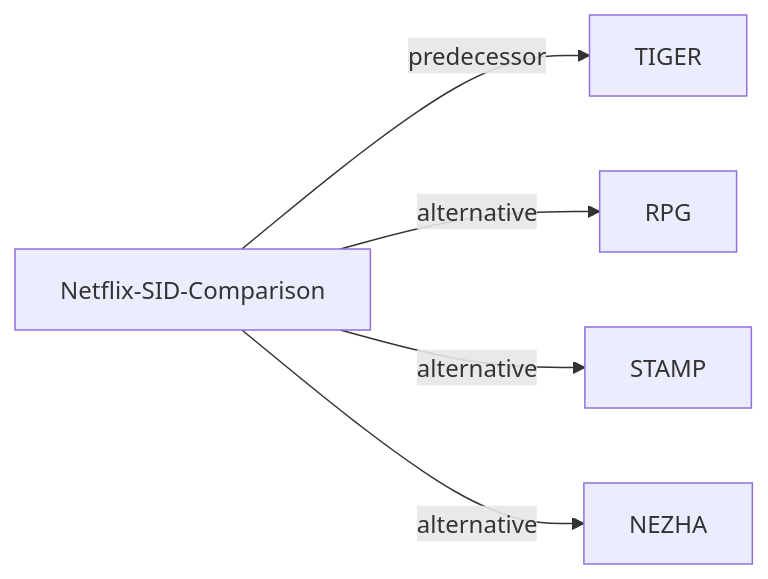
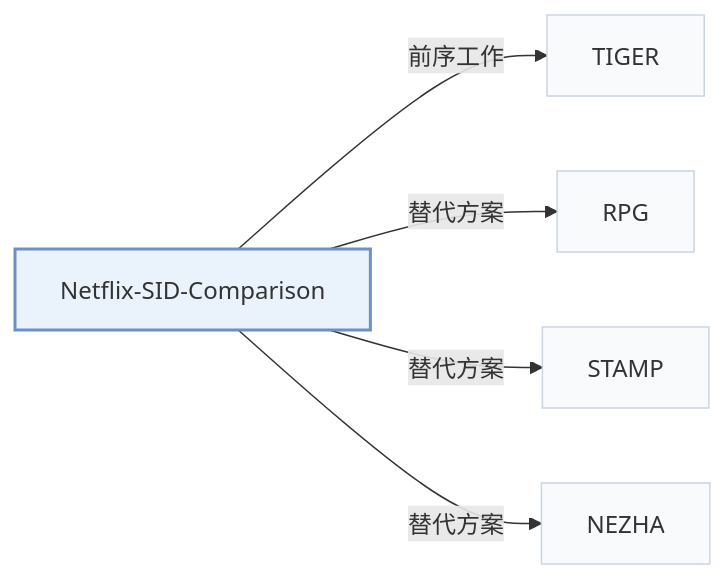
The second of 2 diagrams in pages/zh/papers/netflix-sid-comparison.md (Galaxy-ghost/Awesome-SID-Generative-Rec), drawn with Mermaid before and after one commit. The commit also changed other lines of this file and 649 other files, not shown here.

Commit message:
writer-05: also tags and modality index (schema, check, build, visuals); summary field removed; calibration data for 12 papers

````diff
--- a/pages/zh/papers/netflix-sid-comparison.md
+++ b/pages/zh/papers/netflix-sid-comparison.md
@@ -67,8 +71,12 @@
 ```mermaid
 flowchart LR
     P["Netflix-SID-Comparison"]
-    P -->|predecessor| A["TIGER"]
-    P -->|alternative| B["RPG"]
-    P -->|alternative| C["STAMP"]
-    P -->|alternative| D["NEZHA"]
+    P -->|"前序工作"| A["TIGER"]
+    P -->|"替代方案"| B["RPG"]
+    P -->|"替代方案"| C["STAMP"]
+    P -->|"替代方案"| D["NEZHA"]
+    classDef main fill:#eaf2fb,stroke:#6b8fc7,stroke-width:2px
+    classDef peer fill:#f8fafc,stroke:#cbd5e1
+    class P main
+    class A,B,C,D peer
 ```
````
